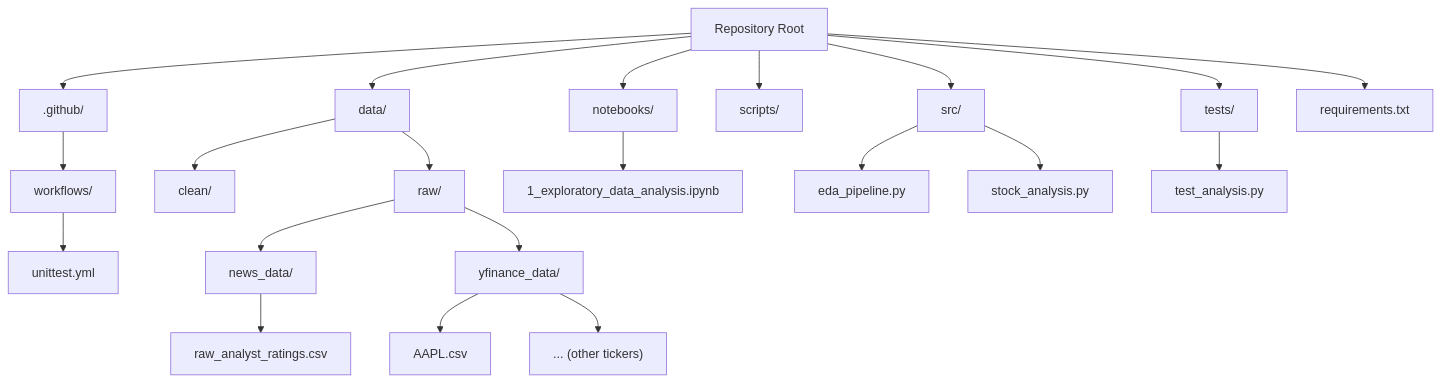
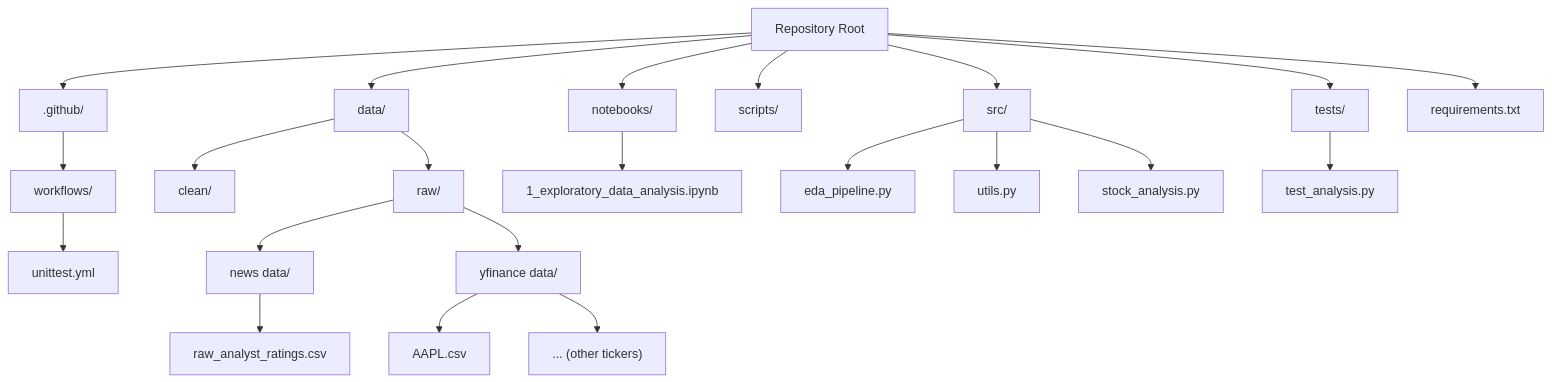
One commit to Yodahe2021/Week1-Financial-News-Sentiment changed the diagram in README.md. Above: the diagram before and after it, drawn with Mermaid.

Commit message:
Refine flowchart formatting in README.md
Updated the README to improve formatting and consistency in the flowchart.

````diff
--- a/README.md
+++ b/README.md
@@ -23,24 +23,33 @@
 ```mermaid
 flowchart TD
     Root["Repository Root"]
+
+    %% Infrastructure
     Root --> GH[.github/]
     GH --> WF[workflows/]
-    WF --> UT[unittest.yml]
+    WF --> UT["unittest.yml"]
+
+    %% Data Storage
     Root --> Data[data/]
     Data --> Clean[clean/]
     Data --> Raw[raw/]
-    Raw --> News[news_data/]
-    News --> Ratings[raw_analyst_ratings.csv]
-    Raw --> YF[yfinance_data/]
-    YF --> AAPL[AAPL.csv]
+    Raw --> News["news data/"]
+    News --> Ratings["raw_analyst_ratings.csv"]
+    Raw --> YF["yfinance data/"]
+    YF --> AAPL["AAPL.csv"]
     YF --> Tickers["... (other tickers)"]
+
+    %% Analysis & Code
     Root --> Notebooks[notebooks/]
-    Notebooks --> EDA[1_exploratory_data_analysis.ipynb]
+    Notebooks --> EDA["1_exploratory_data_analysis.ipynb"]
     Root --> Scripts[scripts/]
     Root --> Src[src/]
-    Src --> Pipeline[eda_pipeline.py]
-    Src --> Analysis[stock_analysis.py]
+    Src --> Pipeline["eda_pipeline.py"]
+    Src --> Utils["utils.py"]
+    Src --> Analysis["stock_analysis.py"]
+
+    %% Testing & Config
     Root --> Tests[tests/]
-    Tests --> TestAnalysis[test_analysis.py]
-    Root --> Req[requirements.txt]
+    Tests --> TestAnalysis["test_analysis.py"]
+    Root --> Req["requirements.txt"]
 ```
````
